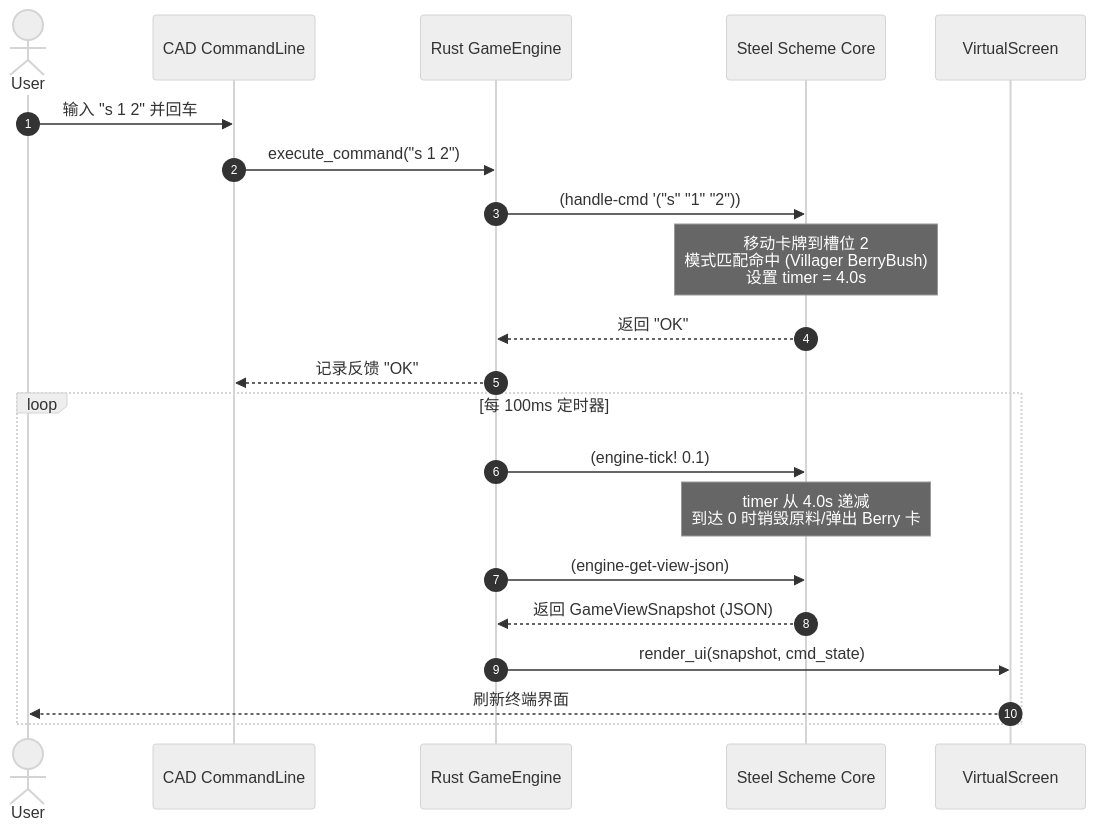
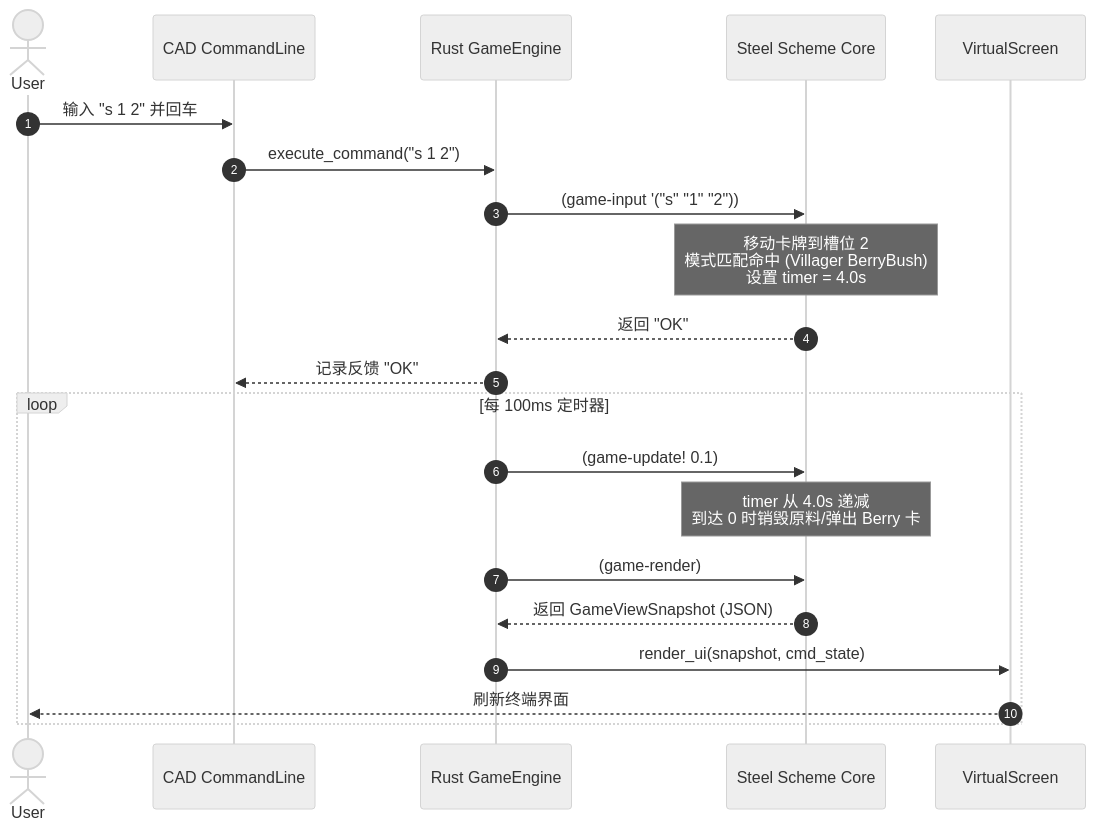
One commit to ouut/cardcraft changed the diagram in docs/ARCHITECTURE.md. Above: the diagram before and after it, drawn with Mermaid (neutral theme). The commit also changed other lines of this file and 6 other files, not shown here.

Commit message:
refactor: rename interface functions to game-start!, game-update!, game-input, game-render, system-file-write/read

````diff
--- a/docs/ARCHITECTURE.md
+++ b/docs/ARCHITECTURE.md
@@ -115,25 +115,25 @@
 ```mermaid
 sequenceDiagram
     autonumber
     actor User
     participant CLI as CAD CommandLine
     participant Engine as Rust GameEngine
     participant Scheme as Steel Scheme Core
     participant Screen as VirtualScreen
 
     User->>CLI: 输入 "s 1 2" 并回车
     CLI->>Engine: execute_command("s 1 2")
-    Engine->>Scheme: (handle-cmd '("s" "1" "2"))
+    Engine->>Scheme: (game-input '("s" "1" "2"))
     Note over Scheme: 移动卡牌到槽位 2<br/>模式匹配命中 (Villager BerryBush)<br/>设置 timer = 4.0s
     Scheme-->>Engine: 返回 "OK"
     Engine-->>CLI: 记录反馈 "OK"
 
     loop 每 100ms 定时器
-        Engine->>Scheme: (engine-tick! 0.1)
+        Engine->>Scheme: (game-update! 0.1)
         Note over Scheme: timer 从 4.0s 递减<br/>到达 0 时销毁原料/弹出 Berry 卡
-        Engine->>Scheme: (engine-get-view-json)
+        Engine->>Scheme: (game-render)
         Scheme-->>Engine: 返回 GameViewSnapshot (JSON)
         Engine->>Screen: render_ui(snapshot, cmd_state)
         Screen-->>User: 刷新终端界面
     end
 ```
````
